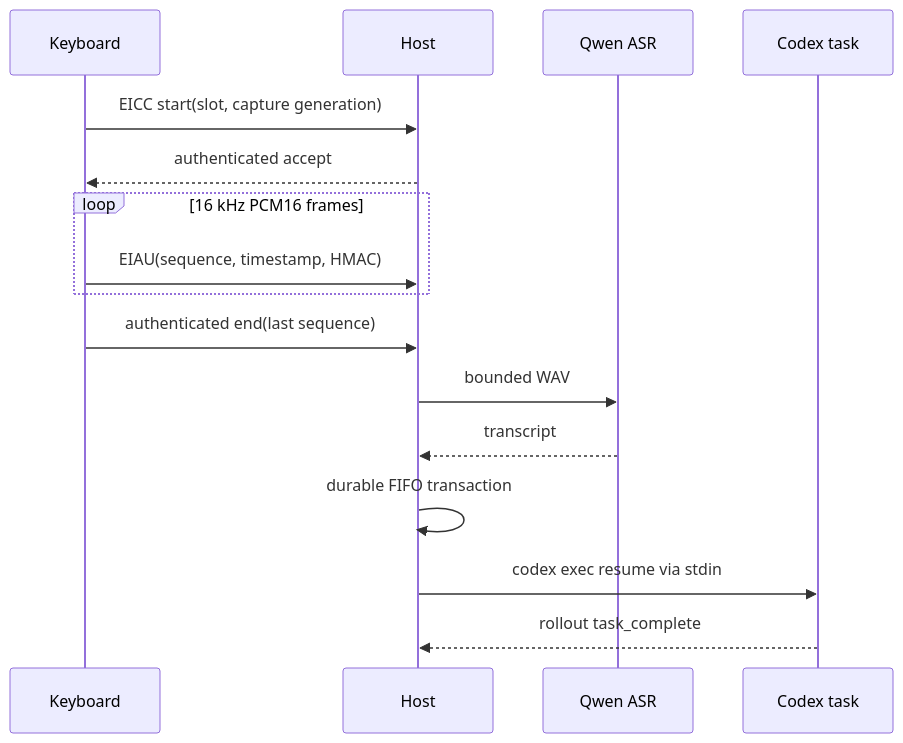
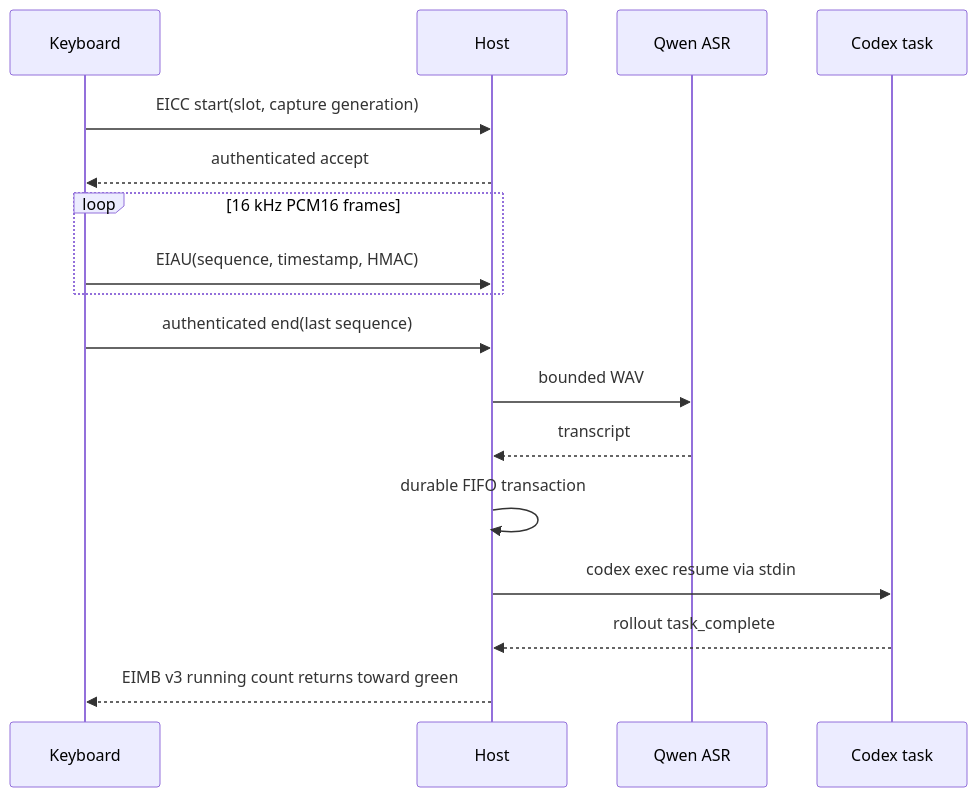
One commit to Larkspur-Wang/Codex_Keyboard changed the second of 3 diagrams in docs/端到端架构.md. Above: the diagram before and after it, drawn with Mermaid. The commit also changed other lines of this file and 37 other files, not shown here.

````diff
--- a/docs/端到端架构.md
+++ b/docs/端到端架构.md
@@ -39,19 +41,20 @@
 ```mermaid
 sequenceDiagram
     participant K as Keyboard
     participant H as Host
     participant A as Qwen ASR
     participant C as Codex task
 
     K->>H: EICC start(slot, capture generation)
     H-->>K: authenticated accept
     loop 16 kHz PCM16 frames
         K->>H: EIAU(sequence, timestamp, HMAC)
     end
     K->>H: authenticated end(last sequence)
     H->>A: bounded WAV
     A-->>H: transcript
     H->>H: durable FIFO transaction
     H->>C: codex exec resume via stdin
     C-->>H: rollout task_complete
+    H-->>K: EIMB v3 running count returns toward green
 ```
````
